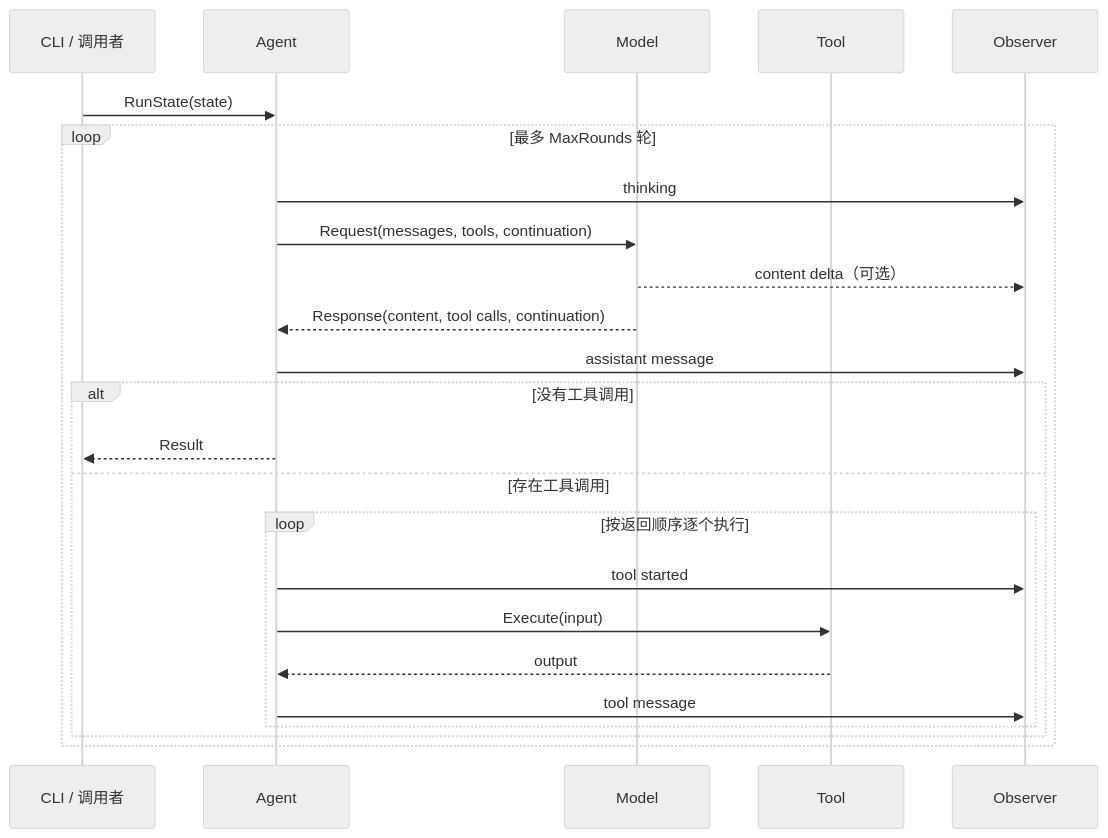
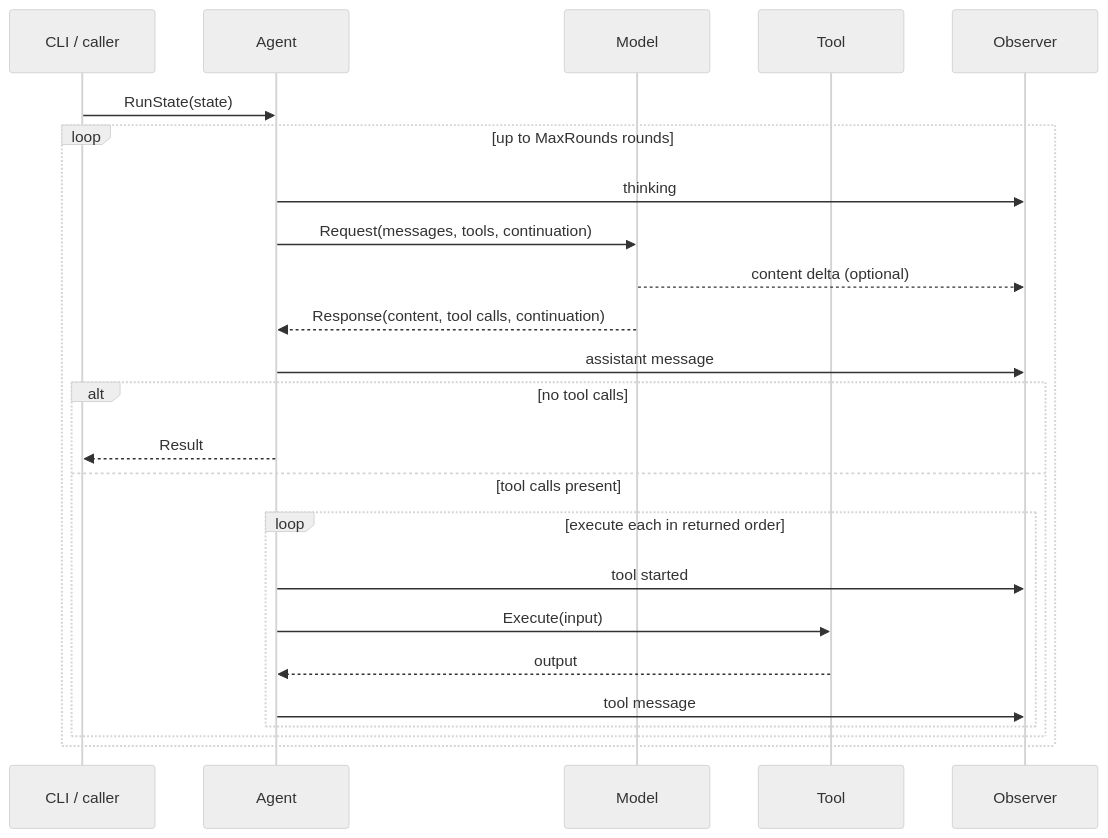
The second of 2 diagrams in docs/architecture.md (lgxz/dora), drawn with Mermaid (neutral theme) before and after one commit. The commit also changed other lines of this file, not shown here.

First line of the commit message:
docs: translate architecture.md to English

````diff
--- a/docs/architecture.md
+++ b/docs/architecture.md
@@ -135,27 +135,27 @@
 ```mermaid
 sequenceDiagram
-    participant C as CLI / 调用者
+    participant C as CLI / caller
     participant A as Agent
     participant M as Model
     participant T as Tool
     participant O as Observer
 
     C->>A: RunState(state)
-    loop 最多 MaxRounds 轮
+    loop up to MaxRounds rounds
         A->>O: thinking
         A->>M: Request(messages, tools, continuation)
-        M-->>O: content delta（可选）
+        M-->>O: content delta (optional)
         M-->>A: Response(content, tool calls, continuation)
         A->>O: assistant message
-        alt 没有工具调用
+        alt no tool calls
             A-->>C: Result
-        else 存在工具调用
-            loop 按返回顺序逐个执行
+        else tool calls present
+            loop execute each in returned order
                 A->>O: tool started
                 A->>T: Execute(input)
                 T-->>A: output
                 A->>O: tool message
             end
         end
     end
 ```
````
